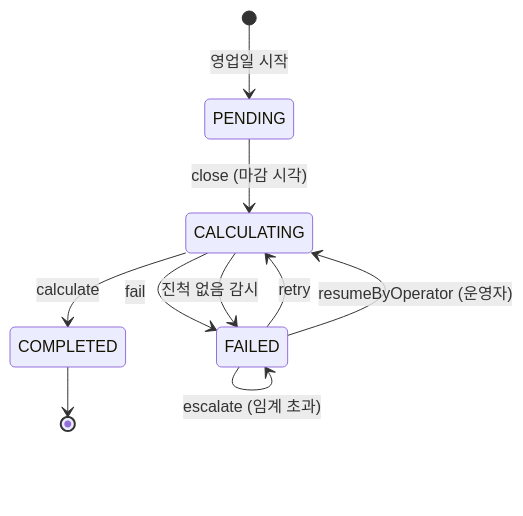
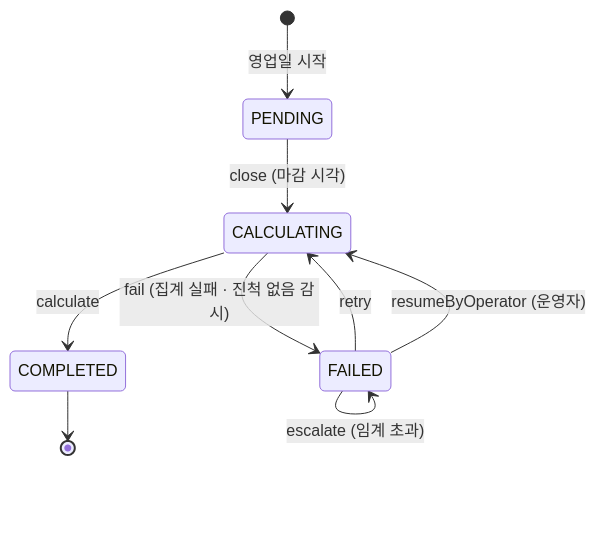
The diagram in domain/state-machines/settlement.md (jun-bank/docs), drawn with Mermaid before and after one commit. The commit also changed other lines of this file and 13 other files, not shown here.

````diff
--- a/domain/state-machines/settlement.md
+++ b/domain/state-machines/settlement.md
@@ -25,12 +25,11 @@
 ```mermaid
 stateDiagram-v2
     [*] --> PENDING: 영업일 시작
     PENDING --> CALCULATING: close (마감 시각)
     CALCULATING --> COMPLETED: calculate
-    CALCULATING --> FAILED: fail
+    CALCULATING --> FAILED: fail (집계 실패 · 진척 없음 감시)
     FAILED --> CALCULATING: retry
     FAILED --> FAILED: escalate (임계 초과)
     FAILED --> CALCULATING: resumeByOperator (운영자)
-    CALCULATING --> FAILED: 진척 없음 감시
     COMPLETED --> [*]
 ```
````
